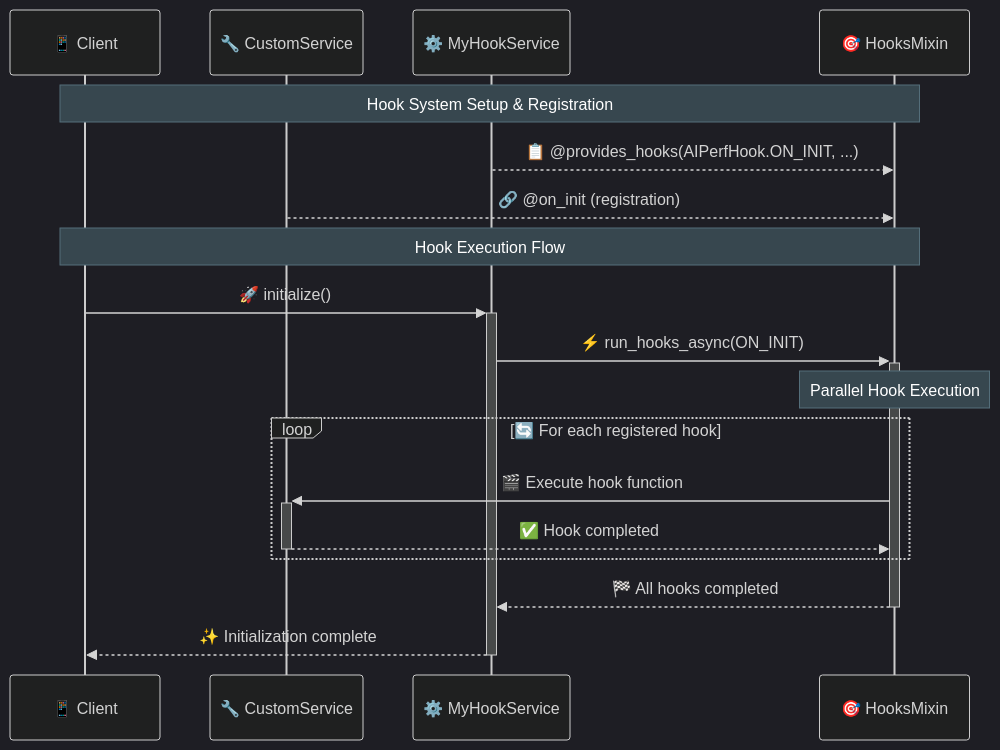
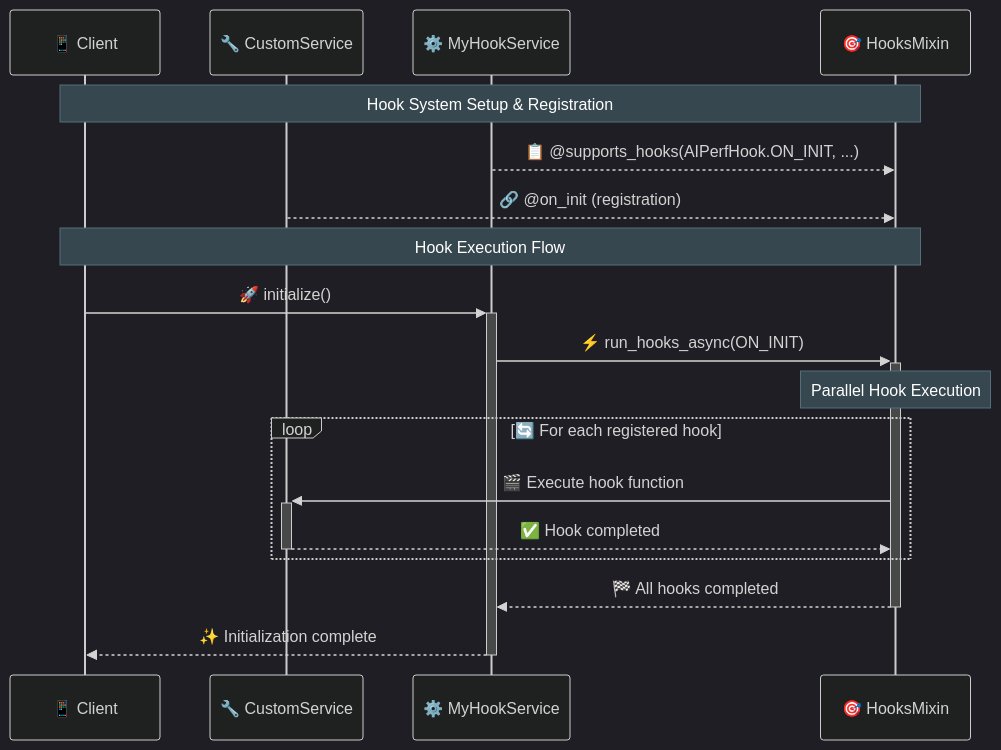
One commit to ajcasagrande/aiperf changed the first of 2 diagrams in docs/hook-system.md. Above: the diagram before and after it, drawn with Mermaid. The commit also changed other lines of this file and 17 other files, not shown here.

````diff
--- a/docs/hook-system.md
+++ b/docs/hook-system.md
@@ -154,41 +154,41 @@
 ```mermaid
 sequenceDiagram
     participant C as 📱 Client
     participant CS as 🔧 CustomService
     participant MHS as ⚙️ MyHookService
     participant HM as 🎯 HooksMixin
 
     Note over C, HM: Hook System Setup & Registration
-    MHS-->>HM: 📋 @provides_hooks(AIPerfHook.ON_INIT, ...)
+    MHS-->>HM: 📋 @supports_hooks(AIPerfHook.ON_INIT, ...)
     CS-->>HM: 🔗 @on_init (registration)
 
     Note over C, HM: Hook Execution Flow
     C->>+MHS: 🚀 initialize()
     MHS->>+HM: ⚡ run_hooks_async(ON_INIT)
 
     Note over HM: Parallel Hook Execution
     loop 🔄 For each registered hook
         HM->>+CS: 🎬 Execute hook function
         CS-->>-HM: ✅ Hook completed
     end
 
     HM-->>-MHS: 🏁 All hooks completed
     MHS-->>-C: ✨ Initialization complete
 
     %% Custom styling for better visibility
     %%{init: {
         'theme': 'dark',
         'themeVariables': {
             'primaryColor': '#2196f3',
             'primaryTextColor': '#ffffff',
             'primaryBorderColor': '#1976d2',
             'lineColor': '#90a4ae',
             'secondaryColor': '#9c27b0',
             'tertiaryColor': '#4caf50',
             'background': '#263238',
             'noteTextColor': '#ffffff',
             'noteBkgColor': '#37474f',
             'noteBorderColor': '#546e7a'
         }
     }}%%
 ```
````
